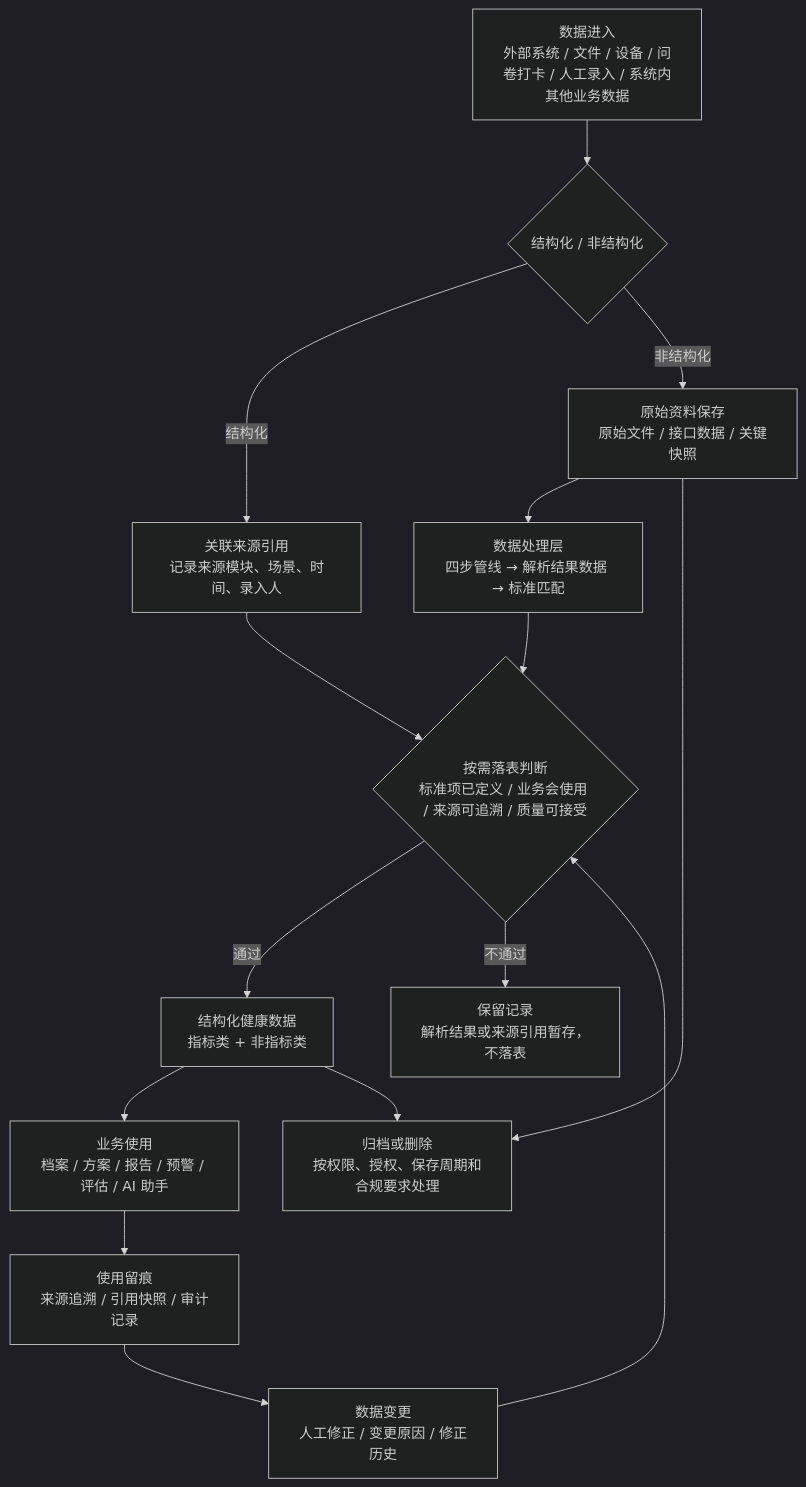
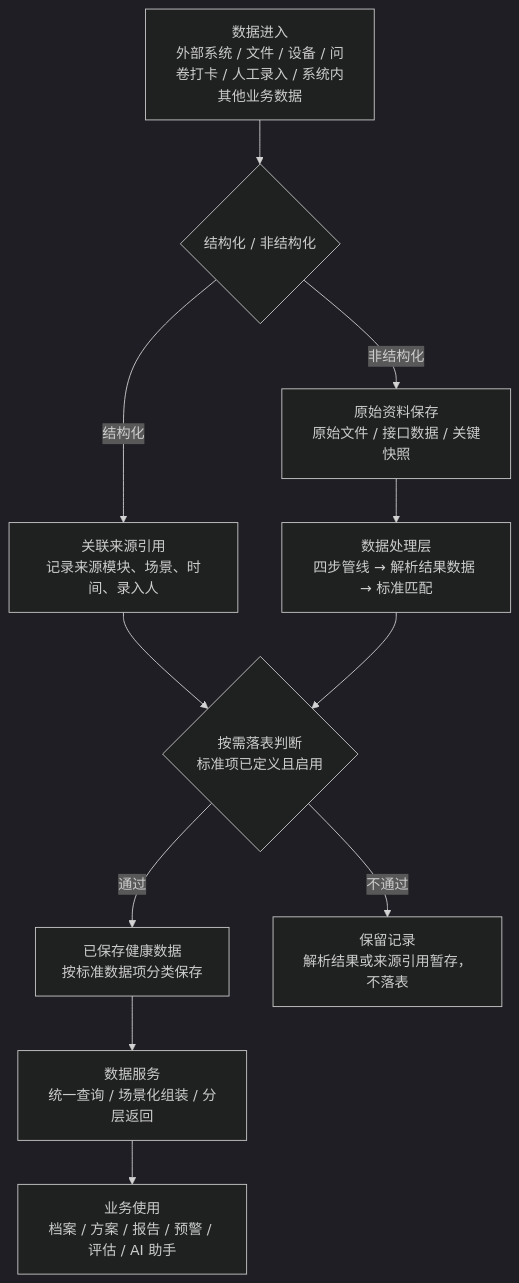
Before and after one commit to luxinsan/aihmp_b_demo: the first of 2 diagrams in docs/product-planning/health-data-center-product-solutions.md, drawn with Mermaid (dark theme). The commit also changed other lines of this file, not shown here.

````diff
--- a/docs/product-planning/health-data-center-product-solutions.md
+++ b/docs/product-planning/health-data-center-product-solutions.md
@@ -85,17 +295,13 @@
 ```mermaid
 flowchart TD
     A["数据进入<br/>外部系统 / 文件 / 设备 / 问卷打卡 / 人工录入 / 系统内其他业务数据"] --> B{"结构化 / 非结构化"}
     B -- "结构化" --> C["关联来源引用<br/>记录来源模块、场景、时间、录入人"]
-    C --> D{"按需落表判断<br/>标准项已定义 / 业务会使用 / 来源可追溯 / 质量可接受"}
+    C --> D{"按需落表判断<br/>标准项已定义且启用"}
     B -- "非结构化" --> E["原始资料保存<br/>原始文件 / 接口数据 / 关键快照"]
     E --> F["数据处理层<br/>四步管线 → 解析结果数据 → 标准匹配"]
     F --> D
-    D -- "通过" --> G["结构化健康数据<br/>指标类 + 非指标类"]
+    D -- "通过" --> G["已保存健康数据<br/>按标准数据项分类保存"]
     D -- "不通过" --> H["保留记录<br/>解析结果或来源引用暂存，不落表"]
-    G --> I["业务使用<br/>档案 / 方案 / 报告 / 预警 / 评估 / AI 助手"]
-    I --> J["使用留痕<br/>来源追溯 / 引用快照 / 审计记录"]
-    J --> K["数据变更<br/>人工修正 / 变更原因 / 修正历史"]
-    K --> D
-    E --> L["归档或删除<br/>按权限、授权、保存周期和合规要求处理"]
-    G --> L
+    G --> I["数据服务<br/>统一查询 / 场景化组装 / 分层返回"]
+    I --> J["业务使用<br/>档案 / 方案 / 报告 / 预警 / 评估 / AI 助手"]
 ```
````
